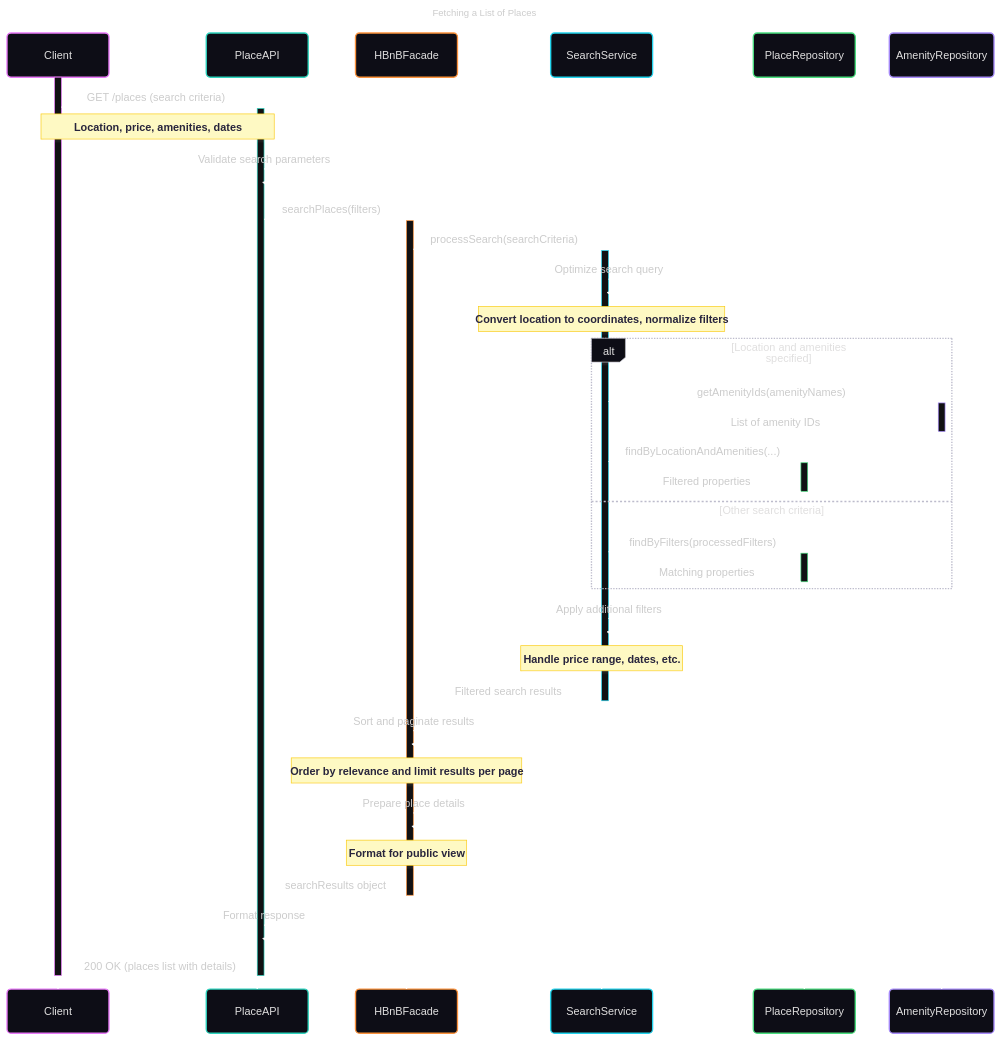
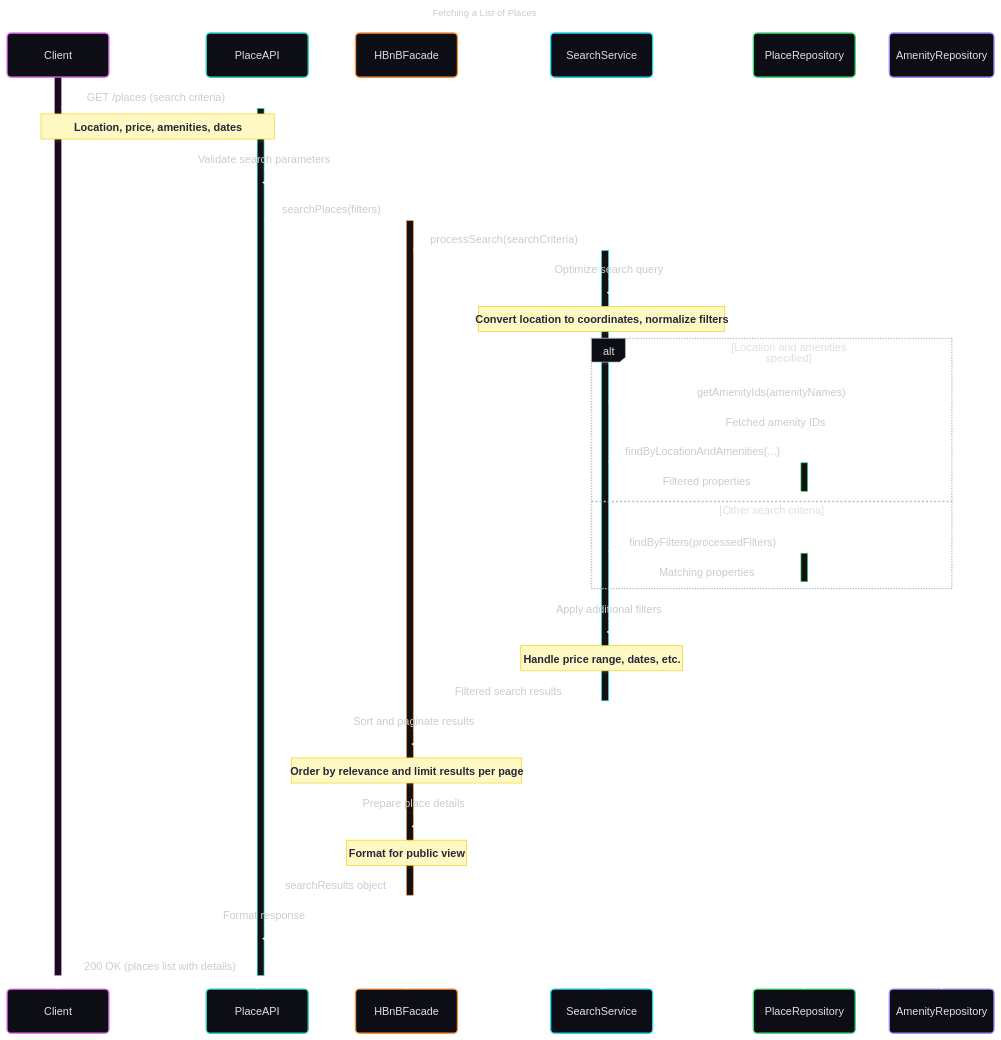
Before and after one commit to Steph974-Git/holbertonschool-hbnb: the sixth of 6 diagrams in README.md, drawn with Mermaid.

Commit message:
Update sequence diagram in README.md: clarify response message for fetched amenity IDs

````diff
--- a/README.md
+++ b/README.md
@@ -494,58 +494,58 @@
 ```mermaid
 ---
 config:
   theme: redux-dark-color
   look: neo
 title: Fetching a List of Places
 ---
 sequenceDiagram
     participant Client
     participant PlaceAPI
     participant HBnBFacade
     participant SearchService
     participant PlaceRepository
     participant AmenityRepository
     
     activate Client
     Client->>+PlaceAPI: GET /places (search criteria)
     activate PlaceAPI
     Note over Client,PlaceAPI: Location, price, amenities, dates
     
     PlaceAPI->>PlaceAPI: Validate search parameters
     PlaceAPI->>+HBnBFacade: searchPlaces(filters)
     activate HBnBFacade
     
     HBnBFacade->>+SearchService: processSearch(searchCriteria)
     activate SearchService
     SearchService->>SearchService: Optimize search query
     Note over SearchService: Convert location to coordinates, normalize filters
     
     alt Location and amenities specified
         SearchService->>+AmenityRepository: getAmenityIds(amenityNames)
-        AmenityRepository-->>-SearchService: List of amenity IDs
+        AmenityRepository-->>SearchService: Fetched amenity IDs
         
         SearchService->>+PlaceRepository: findByLocationAndAmenities(...)
         PlaceRepository-->>-SearchService: Filtered properties
     else Other search criteria
         SearchService->>+PlaceRepository: findByFilters(processedFilters)
         PlaceRepository-->>-SearchService: Matching properties
     end
     
     SearchService->>SearchService: Apply additional filters
     Note over SearchService: Handle price range, dates, etc.
     
     SearchService-->>-HBnBFacade: Filtered search results
     
     HBnBFacade->>HBnBFacade: Sort and paginate results
     Note over HBnBFacade: Order by relevance and limit results per page
     
     HBnBFacade->>HBnBFacade: Prepare place details
     Note over HBnBFacade: Format for public view
     
     HBnBFacade-->>-PlaceAPI: searchResults object
     
     PlaceAPI->>PlaceAPI: Format response
     PlaceAPI-->>-Client: 200 OK (places list with details)
     deactivate Client
 
 ```
````
